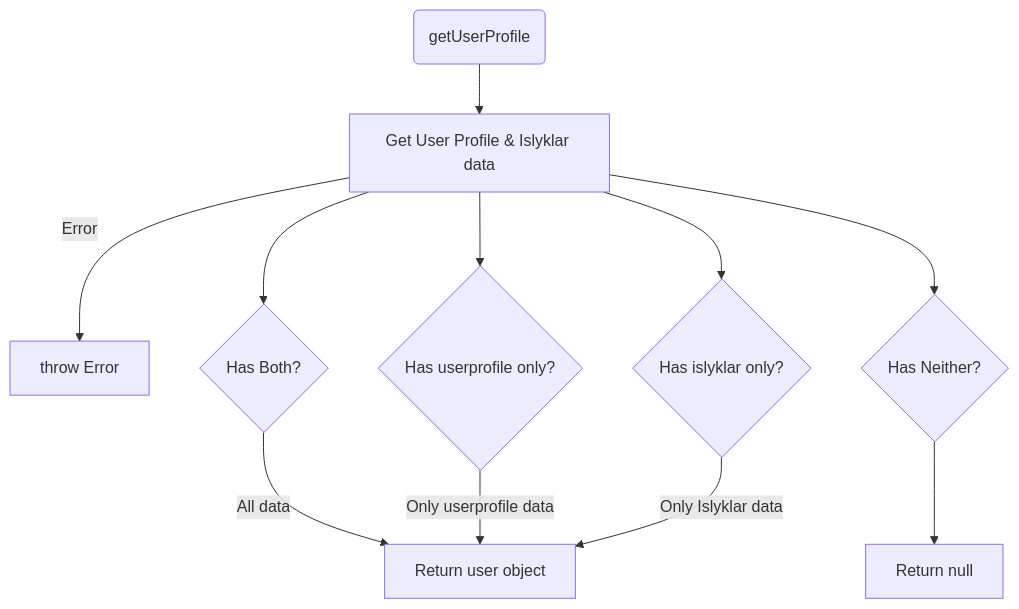
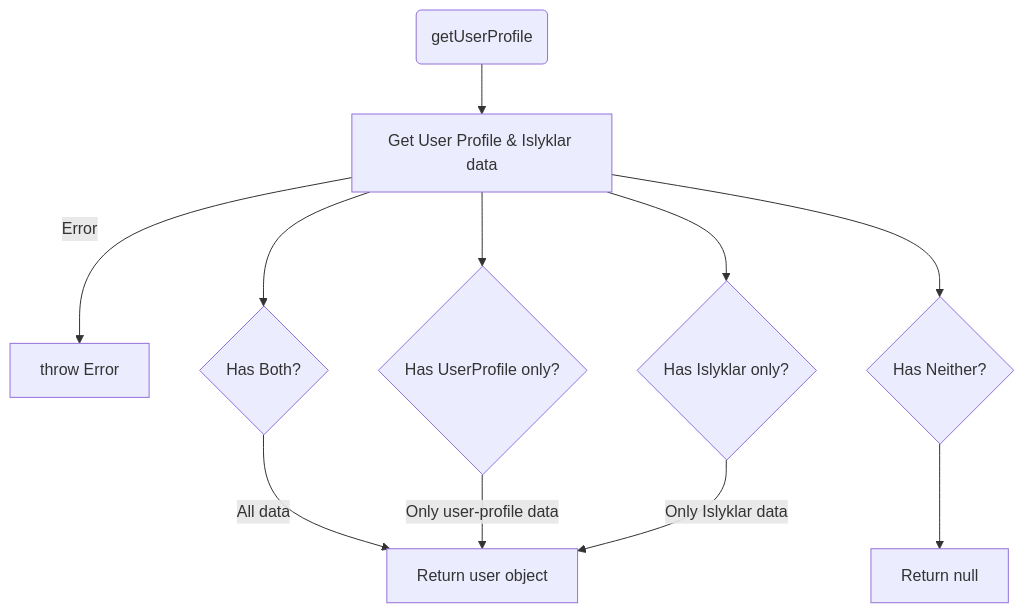
Before and after one commit to island-is/island.is: the diagram in libs/api/domains/user-profile/README.md, drawn with Mermaid. The commit also changed other lines of this file and 81 other files, not shown here.

````diff
--- a/libs/api/domains/user-profile/README.md
+++ b/libs/api/domains/user-profile/README.md
@@ -33,15 +29,13 @@
 ```mermaid
-
 graph TD
-
 START(getUserProfile) --> GET[Get User Profile & Islyklar data]
 GET -- Error --> E[throw Error]
-GET --> HAS_IL{Has islyklar only?}
-GET --> HAS_UP{Has userprofile only?}
+GET --> HAS_IL{Has Islyklar only?}
+GET --> HAS_UP{Has UserProfile only?}
 GET --> HAS_BOTH{Has Both?}
 GET --> HAS_NO{Has Neither?}
 HAS_BOTH -- All data --> RETURN[Return user object]
-HAS_UP -- Only userprofile data --> RETURN[Return user object]
+HAS_UP -- Only user-profile data --> RETURN[Return user object]
 HAS_IL -- Only Islyklar data --> RETURN[Return user object]
 HAS_NO --> RET_NULL[Return null]
 ```
````
